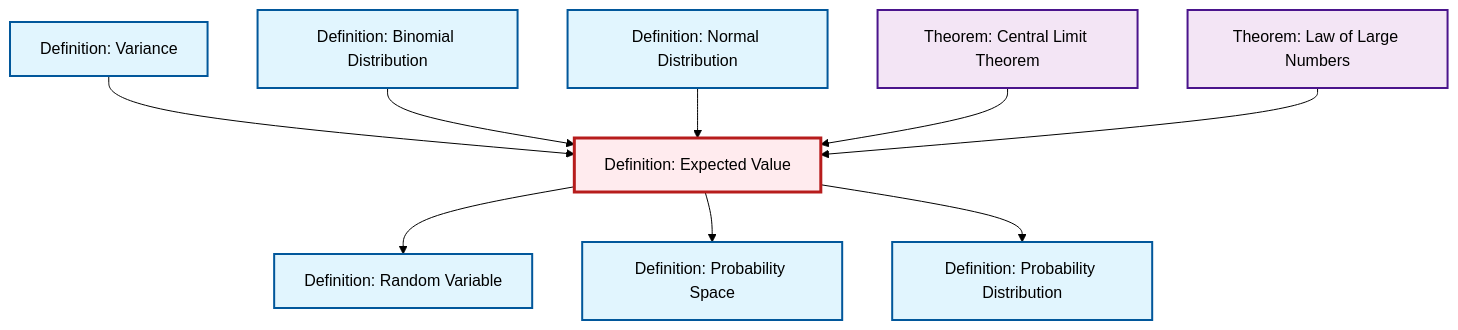
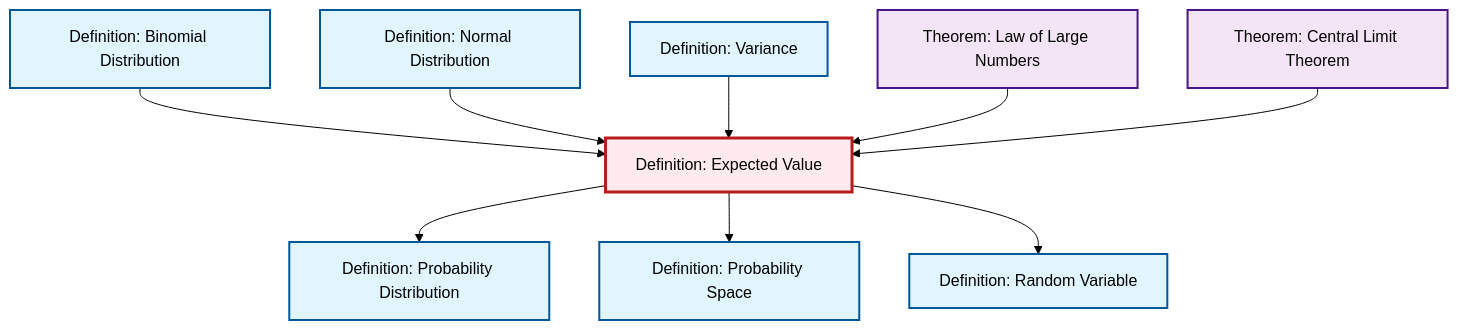
Before and after one commit to RK0429/ModernMath: the second of 2 diagrams in content/en/probability-statistics/def-expectation.qmd, drawn with Mermaid (forest theme). The commit also changed other lines of this file and 672 other files, not shown here.

````diff
--- a/content/en/probability-statistics/def-expectation.qmd
+++ b/content/en/probability-statistics/def-expectation.qmd
@@ -87,35 +87,35 @@
 ```{mermaid}
 %%| fig-cap: "Local dependency graph"
 graph TD
     classDef definition fill:#e1f5fe,stroke:#01579b,stroke-width:2px
     classDef theorem fill:#f3e5f5,stroke:#4a148c,stroke-width:2px
     classDef axiom fill:#fff3e0,stroke:#e65100,stroke-width:2px
     classDef example fill:#e8f5e9,stroke:#1b5e20,stroke-width:2px
     classDef current fill:#ffebee,stroke:#b71c1c,stroke-width:3px
-    def-probability-distribution["Definition: Probability Distribution"]:::definition
-    def-expectation["Definition: Expected Value"]:::definition
-    thm-central-limit["Theorem: Central Limit Theorem"]:::theorem
-    def-random-variable["Definition: Random Variable"]:::definition
+    def-normal-distribution["Definition: Normal Distribution"]:::definition
+    def-probability-space["Definition: Probability Space"]:::definition
     def-binomial-distribution["Definition: Binomial Distribution"]:::definition
     thm-law-of-large-numbers["Theorem: Law of Large Numbers"]:::theorem
-    def-normal-distribution["Definition: Normal Distribution"]:::definition
-    def-probability-space["Definition: Probability Space"]:::definition
+    def-expectation["Definition: Expected Value"]:::definition
+    def-probability-distribution["Definition: Probability Distribution"]:::definition
+    thm-central-limit["Theorem: Central Limit Theorem"]:::theorem
     def-variance["Definition: Variance"]:::definition
-    def-expectation --> def-random-variable
-    def-variance --> def-expectation
+    def-random-variable["Definition: Random Variable"]:::definition
+    def-expectation --> def-probability-distribution
     def-binomial-distribution --> def-expectation
     def-expectation --> def-probability-space
-    def-expectation --> def-probability-distribution
     def-normal-distribution --> def-expectation
+    def-variance --> def-expectation
+    thm-law-of-large-numbers --> def-expectation
+    def-expectation --> def-random-variable
     thm-central-limit --> def-expectation
-    thm-law-of-large-numbers --> def-expectation
     class def-expectation current
+    click def-normal-distribution "def-normal-distribution.html" "Go to Normal Distribution definition"
+    click def-probability-space "def-probability-space.html" "Go to Probability Space definition"
+    click def-binomial-distribution "def-binomial-distribution.html" "Go to Binomial Distribution definition"
+    click thm-law-of-large-numbers "thm-law-of-large-numbers.html" "Go to Law of Large Numbers theorem"
     click def-probability-distribution "def-probability-distribution.html" "Go to Probability Distribution definition"
     click thm-central-limit "thm-central-limit.html" "Go to Central Limit Theorem theorem"
+    click def-variance "def-variance.html" "Go to Variance definition"
     click def-random-variable "def-random-variable.html" "Go to Random Variable definition"
-    click def-binomial-distribution "def-binomial-distribution.html" "Go to Binomial Distribution definition"
-    click thm-law-of-large-numbers "thm-law-of-large-numbers.html" "Go to Law of Large Numbers theorem"
-    click def-normal-distribution "def-normal-distribution.html" "Go to Normal Distribution definition"
-    click def-probability-space "def-probability-space.html" "Go to Probability Space definition"
-    click def-variance "def-variance.html" "Go to Variance definition"
 ```
````
